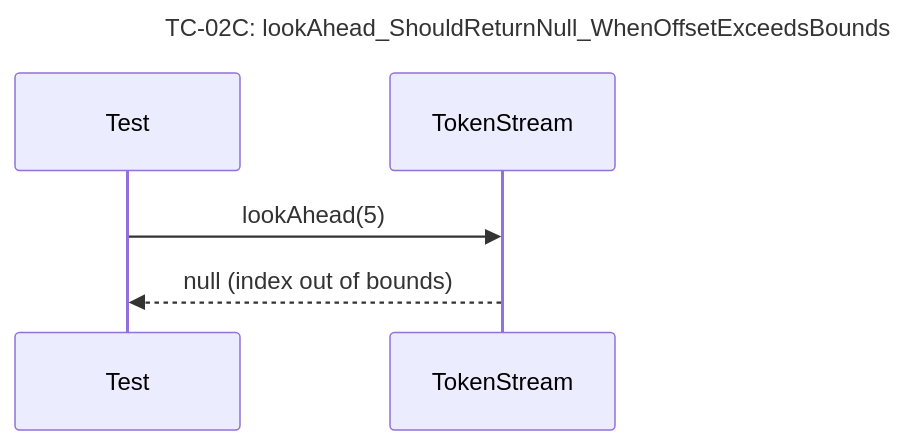
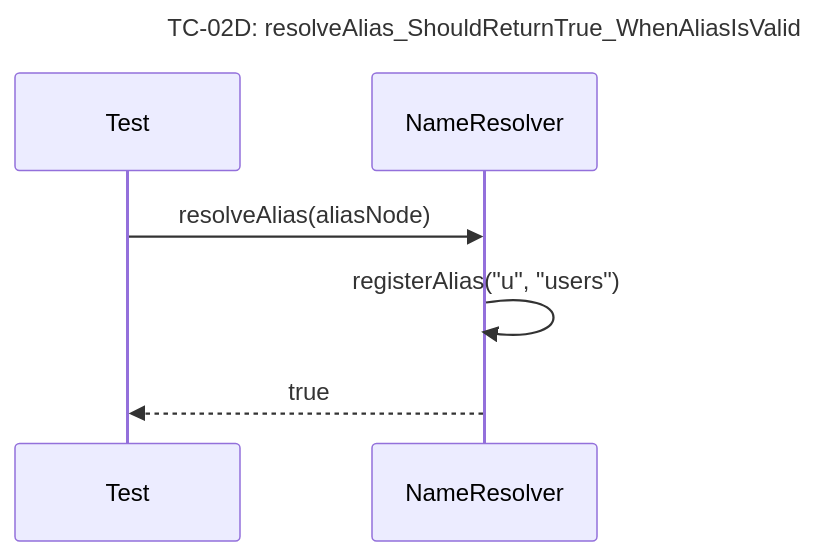
The tenth of 30 diagrams in docs/unit_test/query_prossor/SequeceTestCase.md (Dikhang1112/Database_Management_BBV), drawn with Mermaid before and after one commit. The commit also changed other lines of this file and 2 other files, not shown here.

Commit message:
Add unit test for senetic analysis

````diff
--- a/docs/unit_test/query_prossor/SequeceTestCase.md
+++ b/docs/unit_test/query_prossor/SequeceTestCase.md
@@ -129,9 +151,10 @@
 ```mermaid
 sequenceDiagram
-    title TC-02C: lookAhead_ShouldReturnNull_WhenOffsetExceedsBounds
+    title TC-02D: resolveAlias_ShouldReturnTrue_WhenAliasIsValid
     participant Test
-    participant TokenStream
+    participant NameResolver
 
-    Test->>TokenStream: lookAhead(5)
-    TokenStream-->>Test: null (index out of bounds)
+    Test->>NameResolver: resolveAlias(aliasNode)
+    NameResolver->>NameResolver: registerAlias("u", "users")
+    NameResolver-->>Test: true
 ```
````
